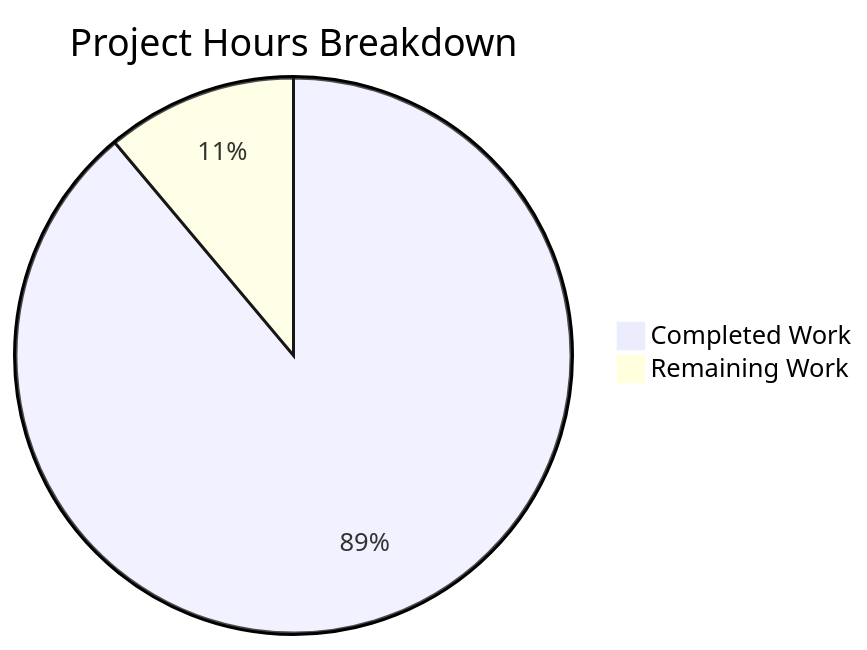
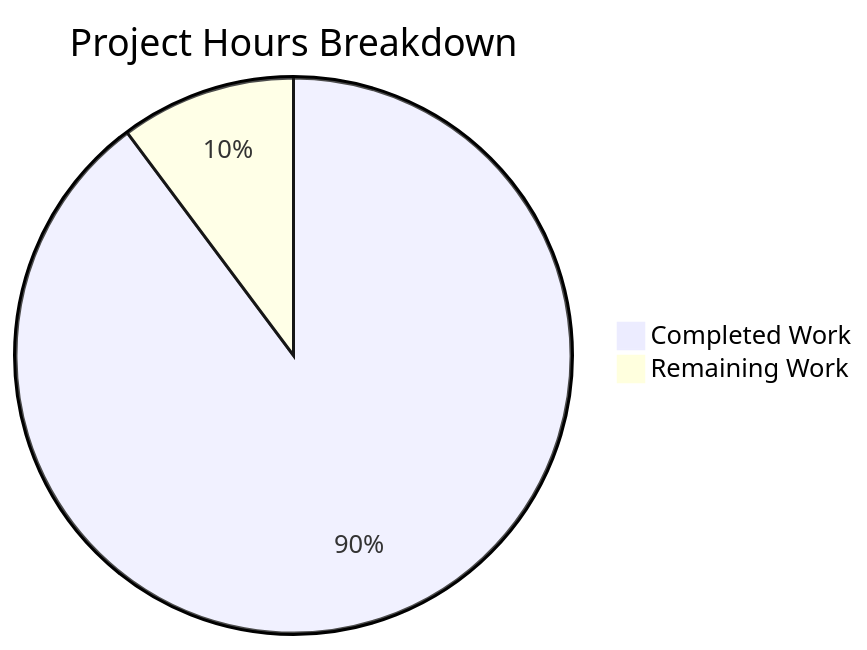
Before and after one commit to lakshya-blitzy/hello_world_lakshya_github: the diagram in blitzy/documentation/Project Guide.md, drawn with Mermaid. The commit also changed other lines of this file, not shown here.

````diff
--- a/blitzy/documentation/Project Guide.md
+++ b/blitzy/documentation/Project Guide.md
@@ -102,5 +98,5 @@
 ```mermaid
 pie title Project Hours Breakdown
-    "Completed Work" : 10
+    "Completed Work" : 11
     "Remaining Work" : 1.25
 ```
````
